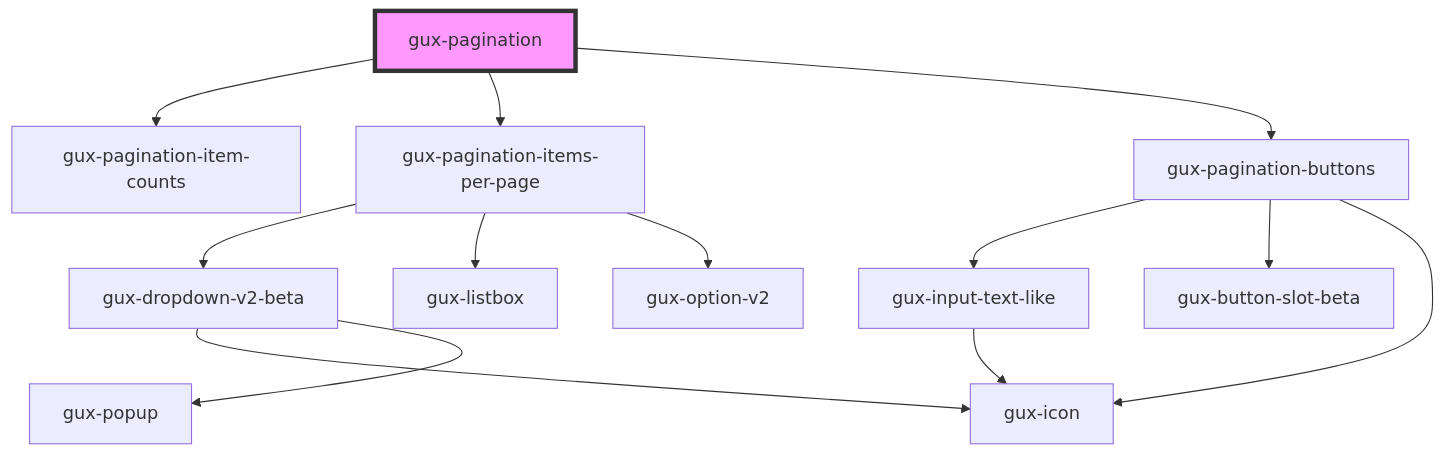
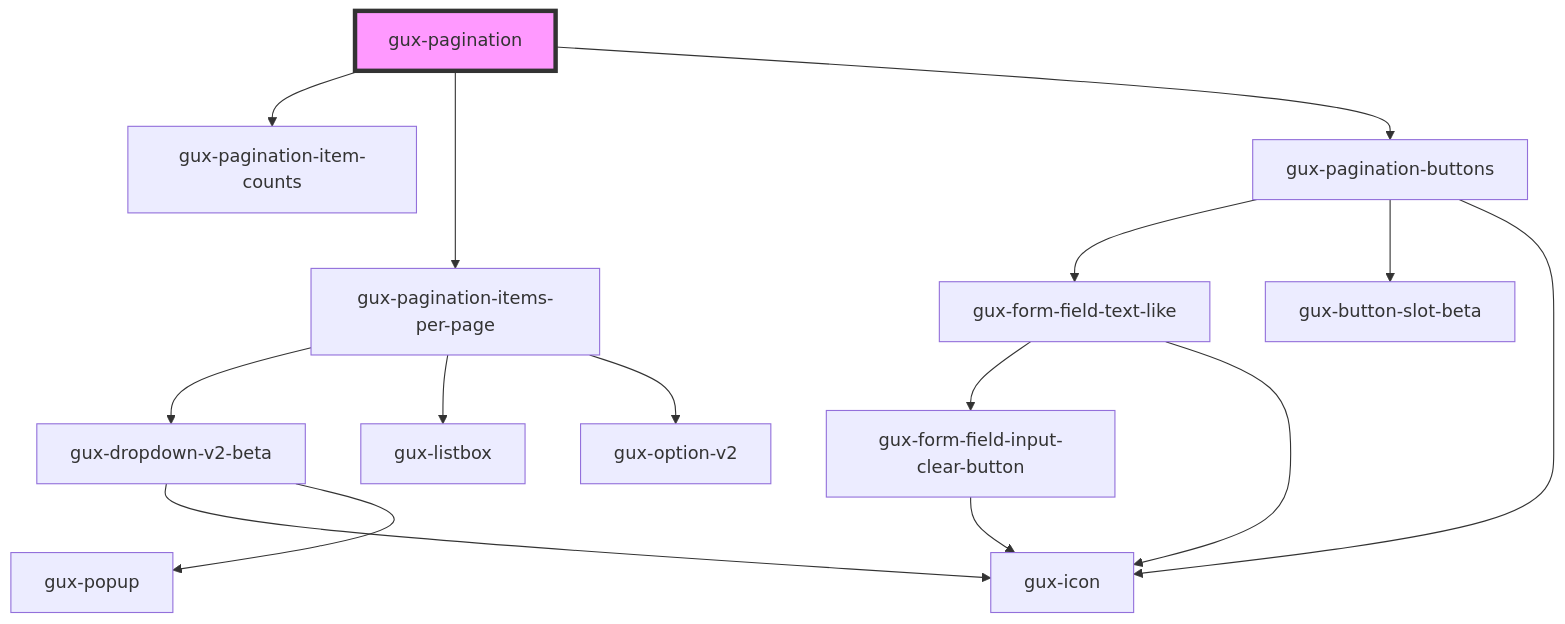
Before and after one commit to MyPureCloud/genesys-spark: the diagram in src/components/stable/gux-pagination/readme.md, drawn with Mermaid. The commit also changed 382 other files, not shown here.

First line of the commit message:
feat(gux-form-field): moved gux-form-field to legacy

````diff
--- a/src/components/stable/gux-pagination/readme.md
+++ b/src/components/stable/gux-pagination/readme.md
@@ -41,16 +41,18 @@
 ```mermaid
 graph TD;
   gux-pagination --> gux-pagination-item-counts
   gux-pagination --> gux-pagination-items-per-page
   gux-pagination --> gux-pagination-buttons
   gux-pagination-items-per-page --> gux-dropdown-v2-beta
   gux-pagination-items-per-page --> gux-listbox
   gux-pagination-items-per-page --> gux-option-v2
   gux-dropdown-v2-beta --> gux-icon
   gux-dropdown-v2-beta --> gux-popup
-  gux-pagination-buttons --> gux-input-text-like
+  gux-pagination-buttons --> gux-form-field-text-like
   gux-pagination-buttons --> gux-button-slot-beta
   gux-pagination-buttons --> gux-icon
-  gux-input-text-like --> gux-icon
+  gux-form-field-text-like --> gux-form-field-input-clear-button
+  gux-form-field-text-like --> gux-icon
+  gux-form-field-input-clear-button --> gux-icon
   style gux-pagination fill:#f9f,stroke:#333,stroke-width:4px
 ```
````
